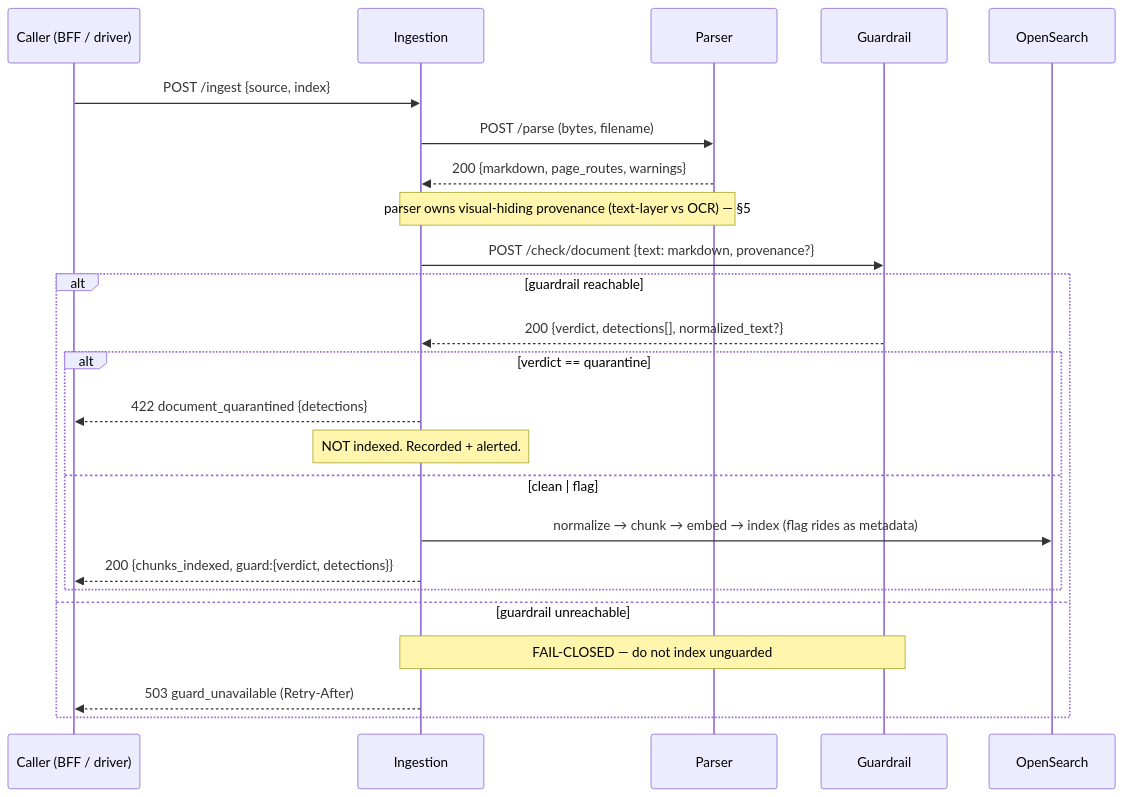
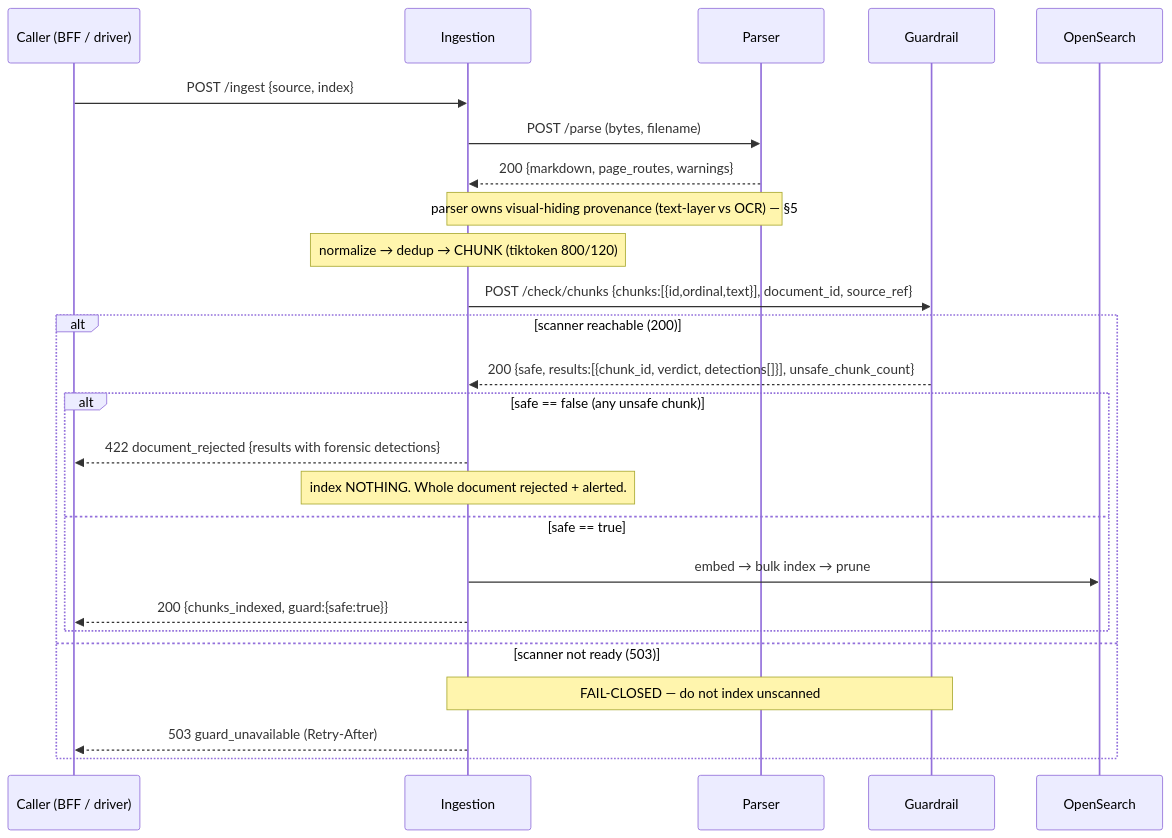
The second of 2 diagrams in docs/guardrails/guardrail-topology.md (anguyenbus/crucible), drawn with Mermaid before and after one commit. The commit also changed other lines of this file and 25 other files, not shown here.

First line of the commit message:
[dev_frontend_guardrails] feat(guardrail): implement ingest-time chunk scanning for injection detection

````diff
--- a/docs/guardrails/guardrail-topology.md
+++ b/docs/guardrails/guardrail-topology.md
@@ -116,28 +130,29 @@
 ```mermaid
 sequenceDiagram
     participant C as Caller (BFF / driver)
     participant I as Ingestion
     participant P as Parser
     participant G as Guardrail
     participant OS as OpenSearch
 
     C->>I: POST /ingest {source, index}
     I->>P: POST /parse (bytes, filename)
     P-->>I: 200 {markdown, page_routes, warnings}
     Note over I,P: parser owns visual-hiding provenance (text-layer vs OCR) — §5
+    Note over I: normalize → dedup → CHUNK (tiktoken 800/120)
 
-    I->>G: POST /check/document {text: markdown, provenance?}
-    alt guardrail reachable
-        G-->>I: 200 {verdict, detections[], normalized_text?}
-        alt verdict == quarantine
-            I-->>C: 422 document_quarantined {detections}
-            Note over I: NOT indexed. Recorded + alerted.
-        else clean | flag
-            I->>OS: normalize → chunk → embed → index (flag rides as metadata)
-            I-->>C: 200 {chunks_indexed, guard:{verdict, detections}}
+    I->>G: POST /check/chunks {chunks:[{id,ordinal,text}], document_id, source_ref}
+    alt scanner reachable (200)
+        G-->>I: 200 {safe, results:[{chunk_id, verdict, detections[]}], unsafe_chunk_count}
+        alt safe == false (any unsafe chunk)
+            I-->>C: 422 document_rejected {results with forensic detections}
+            Note over I: index NOTHING. Whole document rejected + alerted.
+        else safe == true
+            I->>OS: embed → bulk index → prune
+            I-->>C: 200 {chunks_indexed, guard:{safe:true}}
         end
-    else guardrail unreachable
-        Note over I,G: FAIL-CLOSED — do not index unguarded
+    else scanner not ready (503)
+        Note over I,G: FAIL-CLOSED — do not index unscanned
         I-->>C: 503 guard_unavailable (Retry-After)
     end
 ```
````
